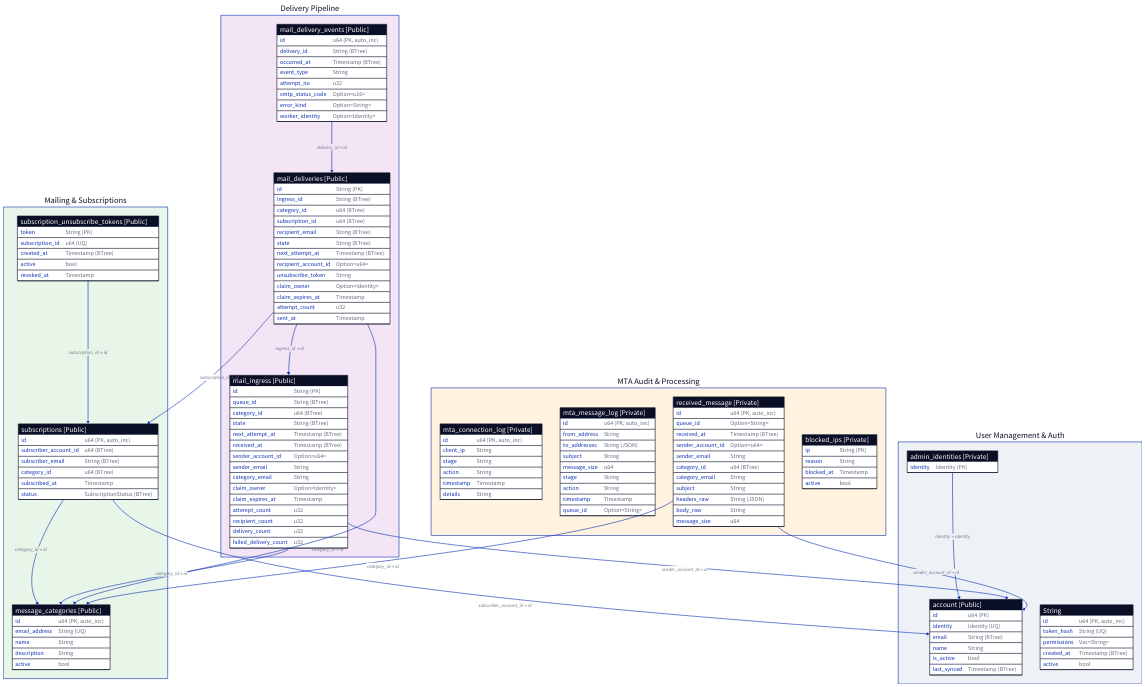
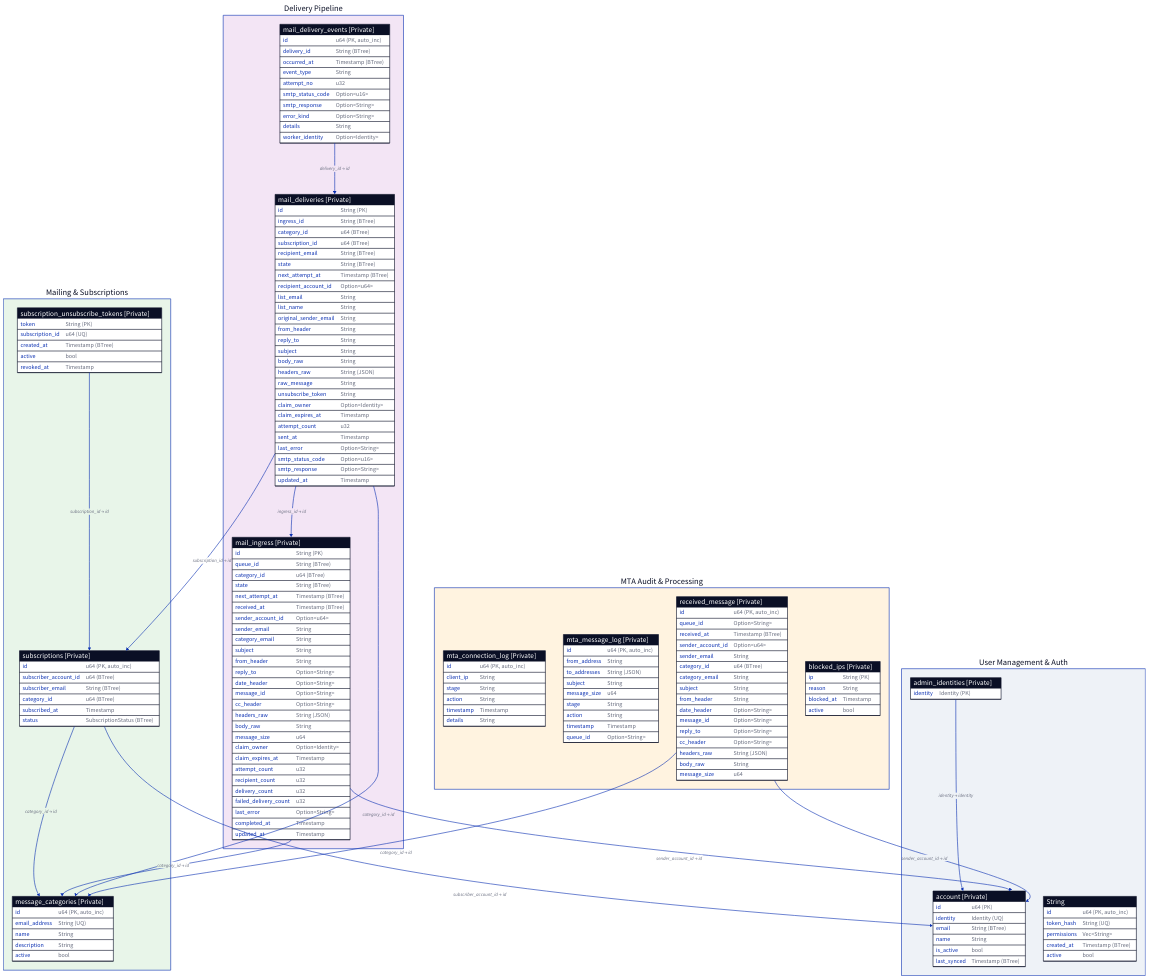
Before and after one commit to enaut/kommunikationszentrum: the first of 4 diagrams in docs/src/core/spacetimedb/database-schema.md, drawn with D2. The commit also changed other lines of this file and 61 other files, not shown here.

````diff
--- a/docs/src/core/spacetimedb/database-schema.md
+++ b/docs/src/core/spacetimedb/database-schema.md
@@ -9,12 +9,10 @@
 ```d2
-direction: down
-
 "User Management & Auth": {
   style.fill: "#eef2f7"
 
   account: {
     shape: sql_table
-    label: "account [Public]"
+    label: "account [Private]"
     id: "u64 (PK)"
     identity: "Identity (UQ)"
     email: "String (BTree)"
@@ -46,7 +44,7 @@
 
   message_categories: {
     shape: sql_table
-    label: "message_categories [Public]"
+    label: "message_categories [Private]"
     id: "u64 (PK, auto_inc)"
     email_address: "String (UQ)"
     name: "String"
@@ -56,7 +54,7 @@
 
   subscriptions: {
     shape: sql_table
-    label: "subscriptions [Public]"
+    label: "subscriptions [Private]"
     id: "u64 (PK, auto_inc)"
     subscriber_account_id: "u64 (BTree)"
     subscriber_email: "String (BTree)"
@@ -67,7 +65,7 @@
 
   subscription_unsubscribe_tokens: {
     shape: sql_table
-    label: "subscription_unsubscribe_tokens [Public]"
+    label: "subscription_unsubscribe_tokens [Private]"
     token: "String (PK)"
     subscription_id: "u64 (UQ)"
     created_at: "Timestamp (BTree)"
@@ -115,6 +113,11 @@
     category_id: "u64 (BTree)"
     category_email: "String"
     subject: "String"
+    from_header: "String"
+    date_header: "Option<String>"
+    message_id: "Option<String>"
+    reply_to: "Option<String>"
+    cc_header: "Option<String>"
     headers_raw: "String (JSON)"
     body_raw: "String"
     message_size: "u64"
@@ -135,7 +138,7 @@
 
   mail_ingress: {
     shape: sql_table
-    label: "mail_ingress [Public]"
+    label: "mail_ingress [Private]"
     id: "String (PK)"
     queue_id: "String (BTree)"
     category_id: "u64 (BTree)"
@@ -145,17 +148,29 @@
     sender_account_id: "Option<u64>"
     sender_email: "String"
     category_email: "String"
+    subject: "String"
+    from_header: "String"
+    reply_to: "Option<String>"
+    date_header: "Option<String>"
+    message_id: "Option<String>"
+    cc_header: "Option<String>"
+    headers_raw: "String (JSON)"
+    body_raw: "String"
+    message_size: "u64"
     claim_owner: "Option<Identity>"
     claim_expires_at: "Timestamp"
     attempt_count: "u32"
     recipient_count: "u32"
     delivery_count: "u32"
     failed_delivery_count: "u32"
+    last_error: "Option<String>"
+    completed_at: "Timestamp"
+    updated_at: "Timestamp"
   }
 
   mail_deliveries: {
     shape: sql_table
-    label: "mail_deliveries [Public]"
+    label: "mail_deliveries [Private]"
     id: "String (PK)"
     ingress_id: "String (BTree)"
     category_id: "u64 (BTree)"
@@ -164,23 +179,38 @@
     state: "String (BTree)"
     next_attempt_at: "Timestamp (BTree)"
     recipient_account_id: "Option<u64>"
+    list_email: "String"
+    list_name: "String"
+    original_sender_email: "String"
+    from_header: "String"
+    reply_to: "String"
+    subject: "String"
+    body_raw: "String"
+    headers_raw: "String (JSON)"
+    raw_message: "String"
     unsubscribe_token: "String"
     claim_owner: "Option<Identity>"
     claim_expires_at: "Timestamp"
     attempt_count: "u32"
     sent_at: "Timestamp"
+    last_error: "Option<String>"
+    smtp_status_code: "Option<u16>"
+    smtp_response: "Option<String>"
+    updated_at: "Timestamp"
   }
 
   mail_delivery_events: {
     shape: sql_table
-    label: "mail_delivery_events [Public]"
+    label: "mail_delivery_events [Private]"
     id: "u64 (PK, auto_inc)"
     delivery_id: "String (BTree)"
     occurred_at: "Timestamp (BTree)"
     event_type: "String"
     attempt_no: "u32"
     smtp_status_code: "Option<u16>"
+    smtp_response: "Option<String>"
     error_kind: "Option<String>"
+    details: "String"
     worker_identity: "Option<Identity>"
   }
 }
````
